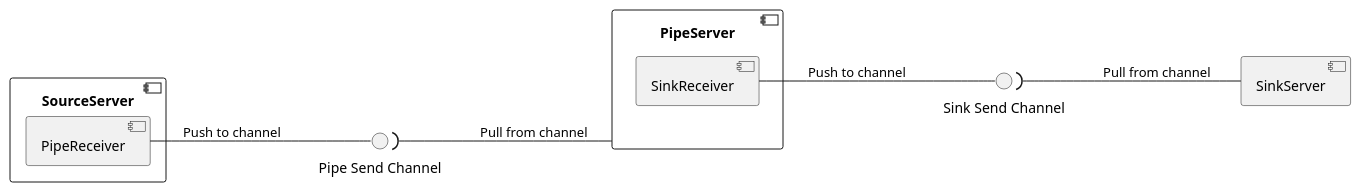
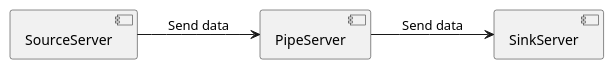
Before and after one commit to xtuml/otel2pv: the diagram in docs/design_notes/DN1_JSON_Extractor/serve_components.puml, drawn with PlantUML. The commit also changed 14 other files, not shown here.

First line of the commit message:
Cdsopv 63 update architecture to remove receiver and use pushable as receiver (#29)

```diff
--- a/docs/design_notes/DN1_JSON_Extractor/serve_components.puml
+++ b/docs/design_notes/DN1_JSON_Extractor/serve_components.puml
@@ -1,17 +1,11 @@
 @startuml
 left to right direction
 component SourceServer {
-    component PipeReceiver
 }
 component PipeServer {
-    component SinkReceiver
 }
-interface "Pipe Send Channel" as PipeChannel
 component SinkServer {
 }
-interface "Sink Send Channel" as SinkChannel
-PipeReceiver -down- PipeChannel : Push to channel
-SinkReceiver -down- SinkChannel : Push to channel
-PipeChannel )-down- PipeServer : Pull from channel
-SinkChannel )-down- SinkServer : Pull from channel
+SourceServer -down-> PipeServer : Send data
+PipeServer -down-> SinkServer : Send data
 @enduml
```
